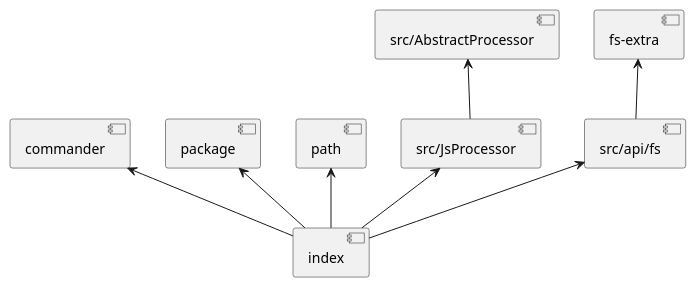
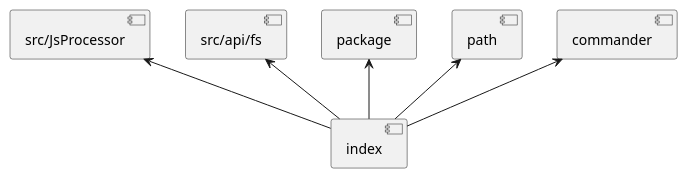
Before and after one commit to ljquan/gen-structure: the second of 3 diagrams in structure.md, drawn with PlantUML. The commit also changed other lines of this file and 3 other files, not shown here.

Commit message:
优化依赖图绘制

````diff
--- a/structure.md
+++ b/structure.md
@@ -22,11 +13,9 @@
 ```plantuml
 @startuml
-[index] -up-> [src/api/fs]
-[src/api/fs] -up-> [fs-extra]
-[index] -up-> [src/JsProcessor]
-[src/JsProcessor] -up-> [src/AbstractProcessor]
+[index] -up-> [commander]
 [index] -up-> [path]
 [index] -up-> [package]
-[index] -up-> [commander]
+[index] -up-> [src/api/fs]
+[index] -up-> [src/JsProcessor]
 @enduml
 ```
````
